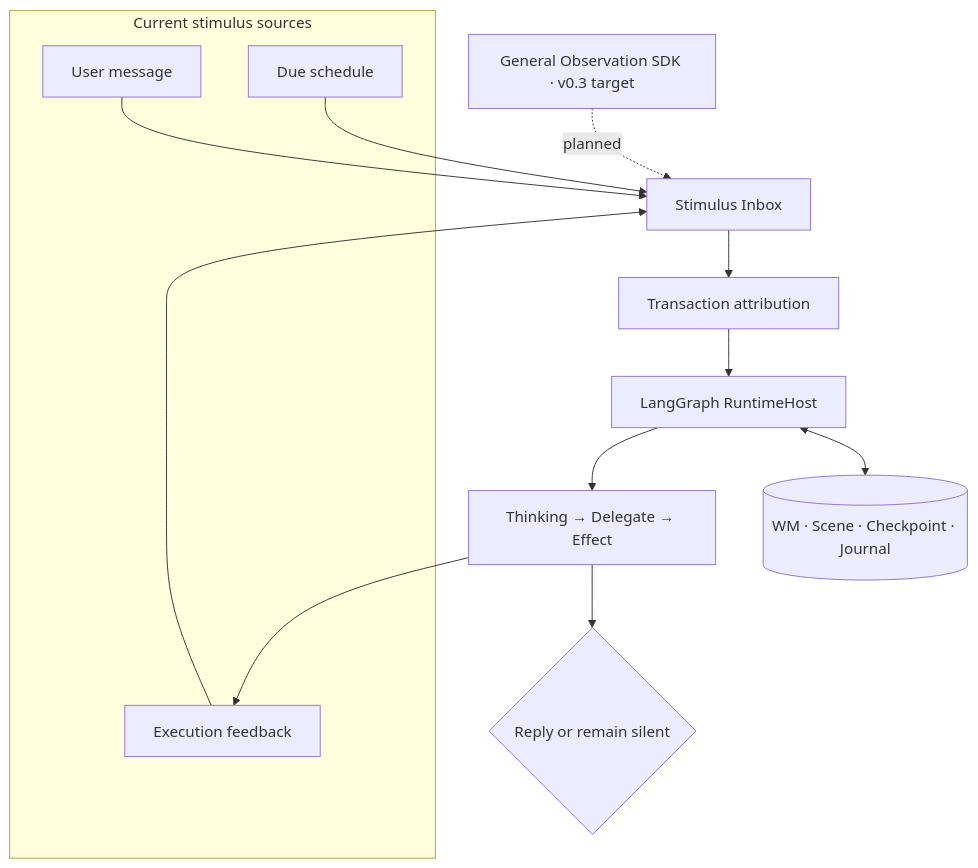
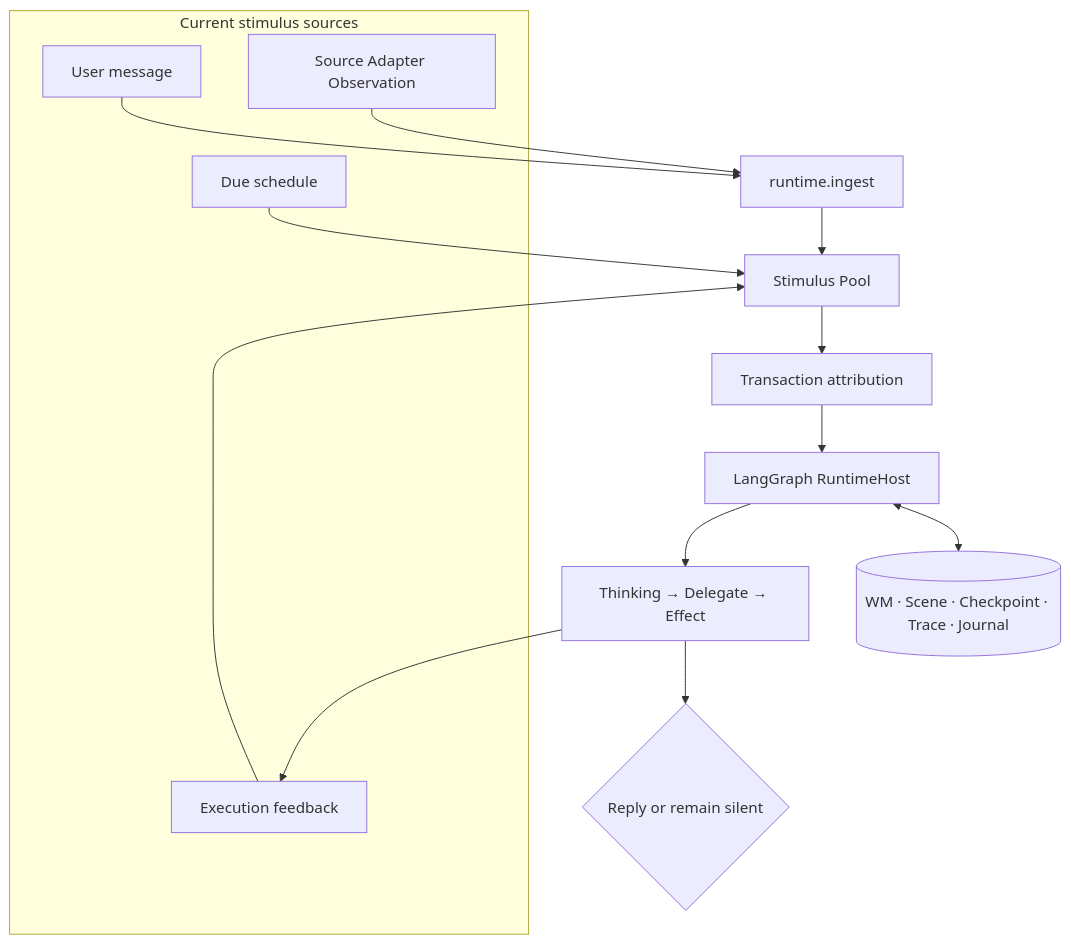
Before and after one commit to changshengEVA/M-Agent: the diagram in README.md, drawn with Mermaid. The commit also changed other lines of this file and 48 other files, not shown here.

````diff
--- a/README.md
+++ b/README.md
@@ -125,24 +125,25 @@
 ```mermaid
 flowchart TB
     subgraph inputs["Current stimulus sources"]
         user["User message"]
         schedule["Due schedule"]
         feedback["Execution feedback"]
+        observation["Source Adapter Observation"]
     end
 
-    inbox["Stimulus Inbox"]
+    ingest["runtime.ingest"]
+    inbox["Stimulus Pool"]
     attribution["Transaction attribution"]
     runtime["LangGraph RuntimeHost"]
     cognition["Thinking → Delegate → Effect"]
     outcome{"Reply or remain silent"}
-    persistence[("WM · Scene · Checkpoint · Journal")]
-    observation["General Observation SDK · v0.3 target"]
+    persistence[("WM · Scene · Checkpoint · Trace · Journal")]
 
-    user --> inbox
+    user --> ingest
     schedule --> inbox
     feedback --> inbox
-    observation -. planned .-> inbox
+    observation --> ingest --> inbox
     inbox --> attribution --> runtime --> cognition --> outcome
     cognition --> feedback
     runtime <--> persistence
 ```
````
